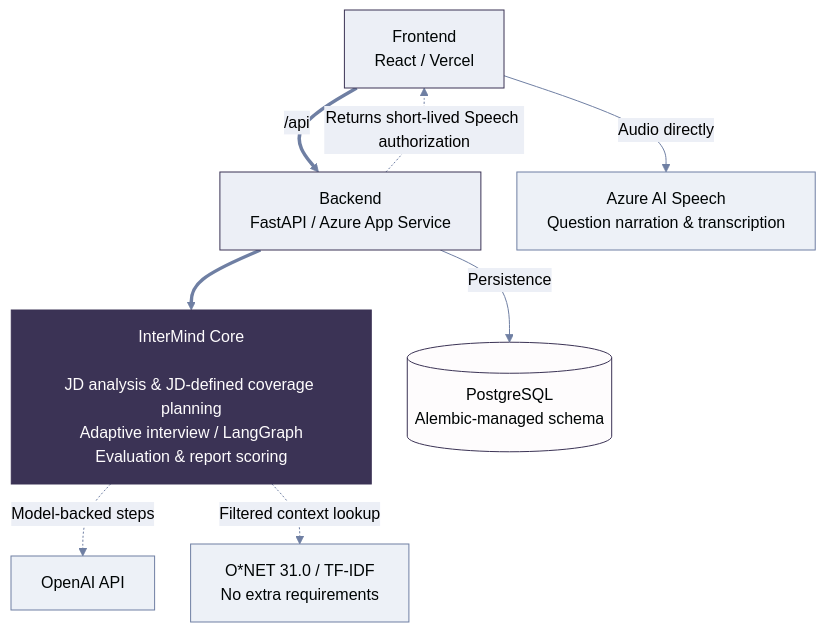
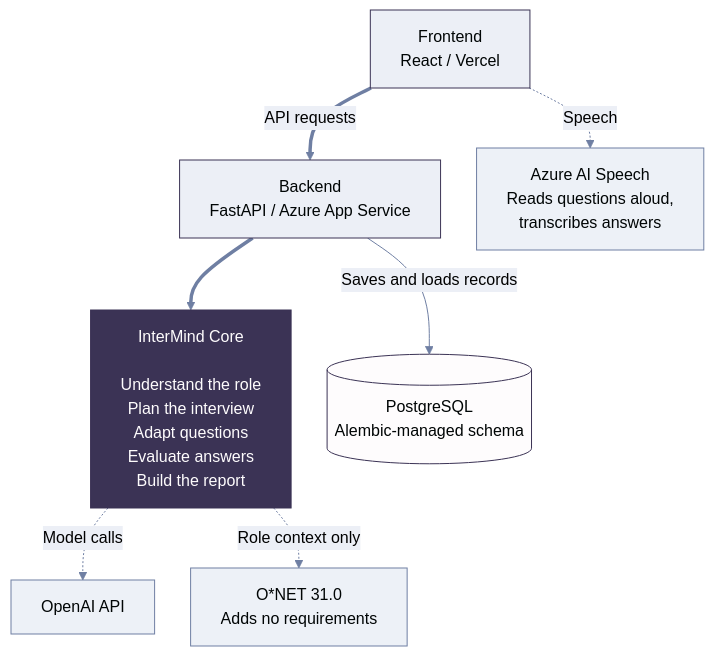
Before and after one commit to AliyahAlabdali/InterMind: the second of 2 diagrams in README.md, drawn with Mermaid. The commit also changed other lines of this file and 5 other files, not shown here.

````diff
--- a/README.md
+++ b/README.md
@@ -129,21 +129,21 @@
 ```mermaid
 %%{init: {"theme":"base","flowchart":{"rankSpacing":36,"nodeSpacing":36,"wrappingWidth":300},"themeVariables":{"primaryColor":"#ECEFF6","primaryTextColor":"#000505","primaryBorderColor":"#3B3355","lineColor":"#6F7FA3","edgeLabelBackground":"#ECEFF6","tertiaryTextColor":"#000505","tertiaryColor":"#F6F8FB"}}}%%
 flowchart TD
-    WEB["Frontend<br/>React / Vercel"] ==>|"/api"| API["Backend<br/>FastAPI / Azure App Service"]
-    API ==> CORE["InterMind Core<br/><br/>JD analysis & JD-defined coverage planning<br/>Adaptive interview / LangGraph<br/>Evaluation & report scoring"]
-    API -->|"Persistence"| DB[("PostgreSQL<br/>Alembic-managed schema")]
-    CORE -.->|"Model-backed steps"| OAI["OpenAI API"]
-    CORE -.->|"Filtered context lookup"| KB["O#42;NET 31.0 / TF-IDF<br/>No extra requirements"]
-    API -.->|"Returns short-lived Speech authorization"| WEB
-    WEB -->|"Audio directly"| AZ["Azure AI Speech<br/>Question narration & transcription"]
+    WEB["Frontend<br/>React / Vercel"]
+    WEB ==>|"API requests"| API["Backend<br/>FastAPI / Azure App Service"]
+    WEB -.->|"Speech"| AZ["Azure AI Speech<br/>Reads questions aloud,<br/>transcribes answers"]
+    API ==> CORE["InterMind Core<br/><br/>Understand the role<br/>Plan the interview<br/>Adapt questions<br/>Evaluate answers<br/>Build the report"]
+    API -->|"Saves and loads records"| DB[("PostgreSQL<br/>Alembic-managed schema")]
+    CORE -.->|"Model calls"| OAI["OpenAI API"]
+    CORE -.->|"Role context only"| KB["O*NET 31.0<br/>Adds no requirements"]
 
     linkStyle default stroke:#6F7FA3,color:black;
     classDef accent fill:#3B3355,stroke:#3B3355,stroke-width:1px,color:#FEFCFD;
     classDef step fill:#ECEFF6,stroke:#3B3355,stroke-width:1px,color:#000505;
     classDef store fill:#FEFCFD,stroke:#3B3355,stroke-width:1px,color:#000505;
     classDef ext fill:#EDF1F7,stroke:#6F7FA3,stroke-width:1px,color:#000505;
     class CORE accent;
     class WEB,API step;
     class DB store;
     class KB,OAI,AZ ext;
 ```
````
